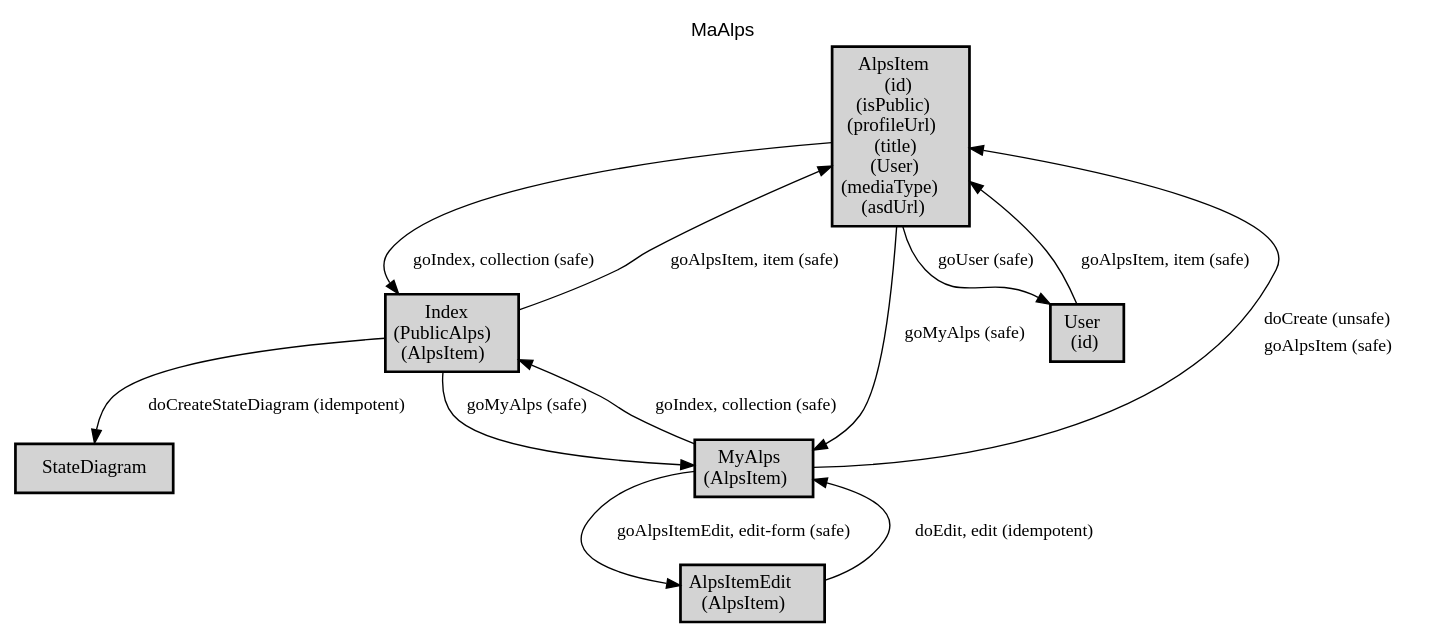
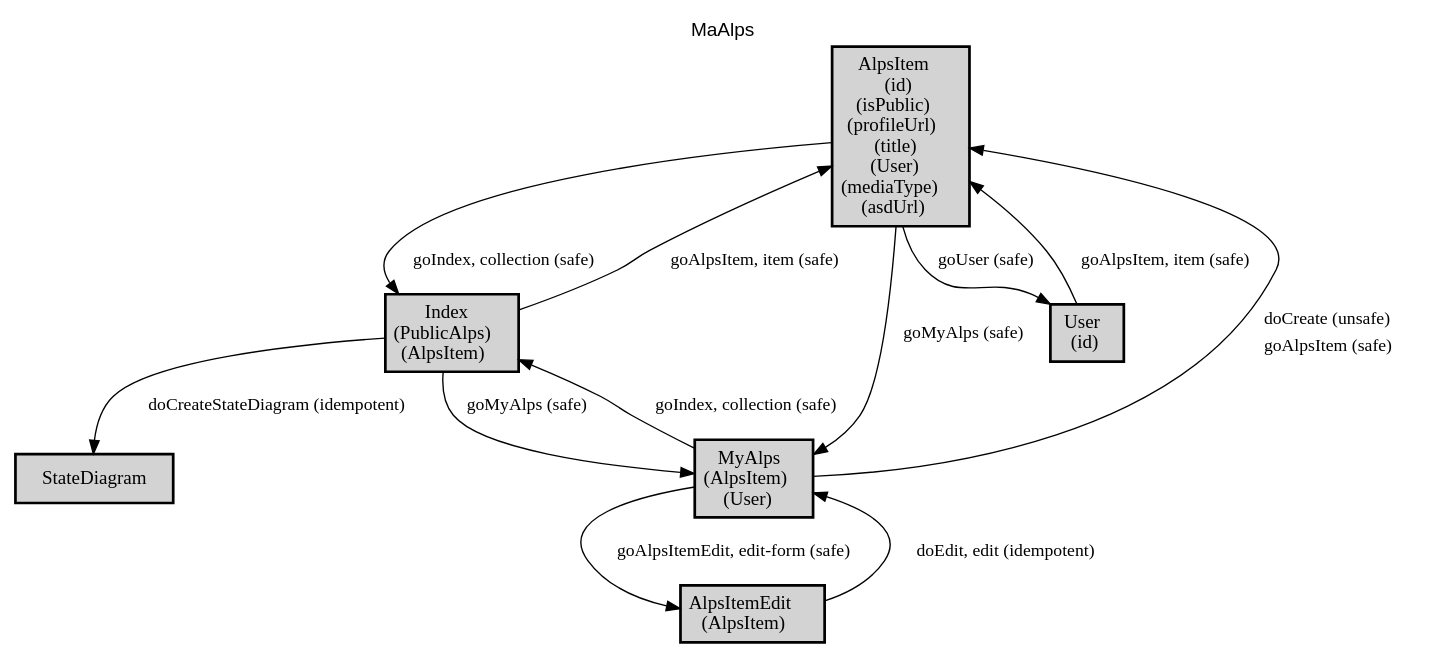
One commit to ma-alps/spec changed the diagram in docs/profile.dot. Above: the diagram before and after it, drawn with Graphviz. The commit also changed 3 other files, not shown here.

```diff
--- a/docs/profile.dot
+++ b/docs/profile.dot
@@ -1,30 +1,30 @@
 digraph application_state_diagram {
   graph [
     labelloc="t";
     fontname="Helvetica"
     label="MaAlps";
     URL="index.html" target="_parent"
   ];
   node [shape = box, style = "bold,filled" fillcolor="lightgray"];
 
     AlpsItem [margin=0.02, label=<<table cellspacing="0" cellpadding="5" border="0"><tr><td>AlpsItem<br />(id)<br />(isPublic)<br />(profileUrl)<br />(title)<br />(User)<br />(mediaType)<br />(asdUrl)<br /></td></tr></table>>,shape=box URL="docs/semantic.AlpsItem.html" target="_parent"]
     AlpsItemEdit [margin=0.02, label=<<table cellspacing="0" cellpadding="5" border="0"><tr><td>AlpsItemEdit<br />(AlpsItem)<br /></td></tr></table>>,shape=box URL="docs/semantic.AlpsItemEdit.html" target="_parent"]
     Index [margin=0.02, label=<<table cellspacing="0" cellpadding="5" border="0"><tr><td>Index<br />(PublicAlps)<br />(AlpsItem)<br /></td></tr></table>>,shape=box URL="docs/semantic.Index.html" target="_parent"]
-    MyAlps [margin=0.02, label=<<table cellspacing="0" cellpadding="5" border="0"><tr><td>MyAlps<br />(AlpsItem)<br /></td></tr></table>>,shape=box URL="docs/semantic.MyAlps.html" target="_parent"]
+    MyAlps [margin=0.02, label=<<table cellspacing="0" cellpadding="5" border="0"><tr><td>MyAlps<br />(AlpsItem)<br />(User)<br /></td></tr></table>>,shape=box URL="docs/semantic.MyAlps.html" target="_parent"]
     User [margin=0.02, label=<<table cellspacing="0" cellpadding="5" border="0"><tr><td>User<br />(id)<br /></td></tr></table>>,shape=box URL="docs/semantic.User.html" target="_parent"]
 
     AlpsItem -> Index [label = "goIndex, collection (safe)" URL="docs/safe.goIndex.html" target="_parent" fontsize=13];
     AlpsItem -> MyAlps [label = "goMyAlps (safe)" URL="docs/safe.goMyAlps.html" target="_parent" fontsize=13];
     AlpsItem -> User [label = "goUser (safe)" URL="docs/safe.goUser.html" target="_parent" fontsize=13];
     AlpsItemEdit -> MyAlps [label = "doEdit, edit (idempotent)" URL="docs/idempotent.doEdit.html" target="_parent" fontsize=13];
     Index -> AlpsItem [label = "goAlpsItem, item (safe)" URL="docs/safe.goAlpsItem.html" target="_parent" fontsize=13];
     Index -> MyAlps [label = "goMyAlps (safe)" URL="docs/safe.goMyAlps.html" target="_parent" fontsize=13];
     Index -> StateDiagram [label = "doCreateStateDiagram (idempotent)" URL="docs/idempotent.doCreateStateDiagram.html" target="_parent" fontsize=13];
     MyAlps -> AlpsItem [label=<<table  border="0"><tr><td align="left" href="docs/unsafe.doCreate.html">doCreate (unsafe)</td></tr><tr><td align="left" href="docs/safe.goAlpsItem.html">goAlpsItem (safe)</td></tr></table>> fontsize=13];
     MyAlps -> AlpsItemEdit [label = "goAlpsItemEdit, edit-form (safe)" URL="docs/safe.goAlpsItemEdit.html" target="_parent" fontsize=13];
     MyAlps -> Index [label = "goIndex, collection (safe)" URL="docs/safe.goIndex.html" target="_parent" fontsize=13];
     User -> AlpsItem [label = "goAlpsItem, item (safe)" URL="docs/safe.goAlpsItem.html" target="_parent" fontsize=13];
 
     StateDiagram [URL="docs/semantic.StateDiagram.html" target="_parent"]
 
 }
```
